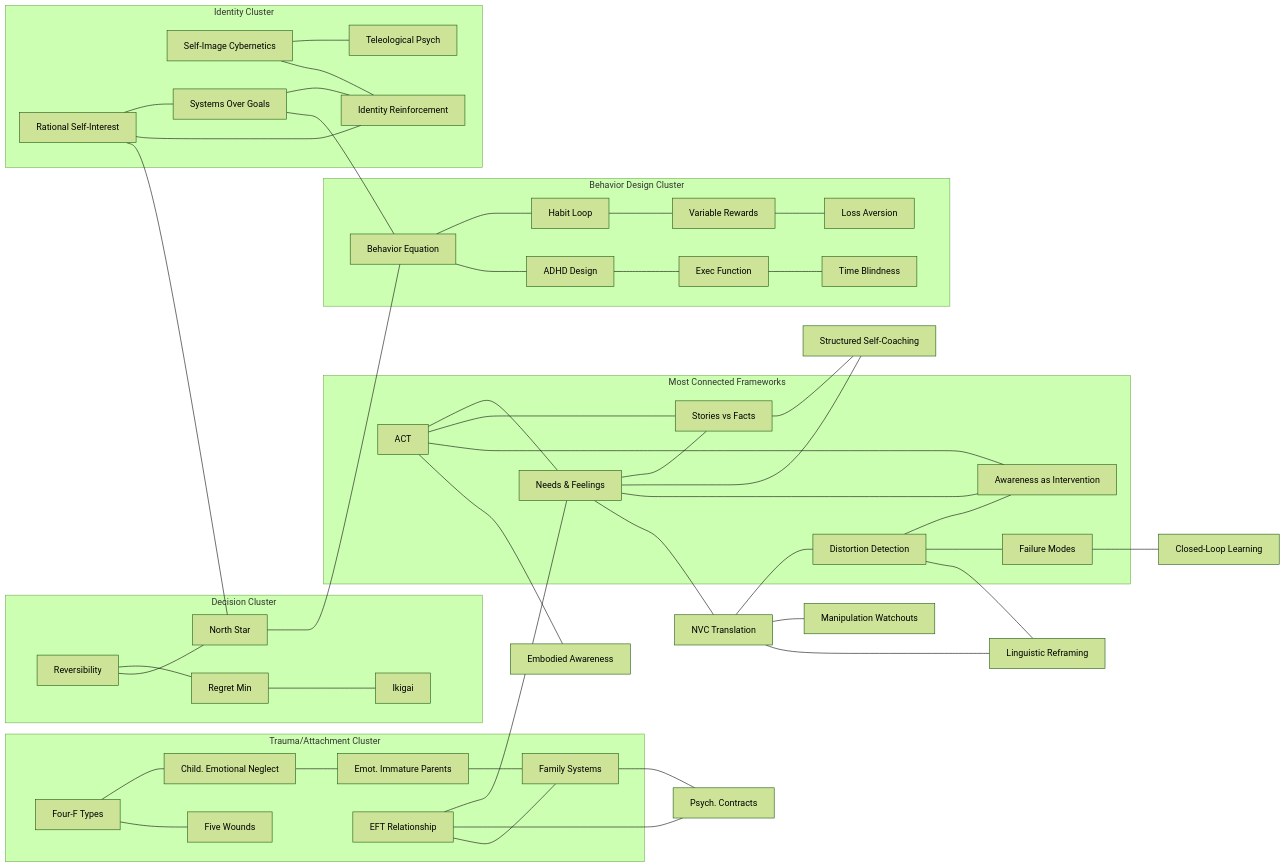
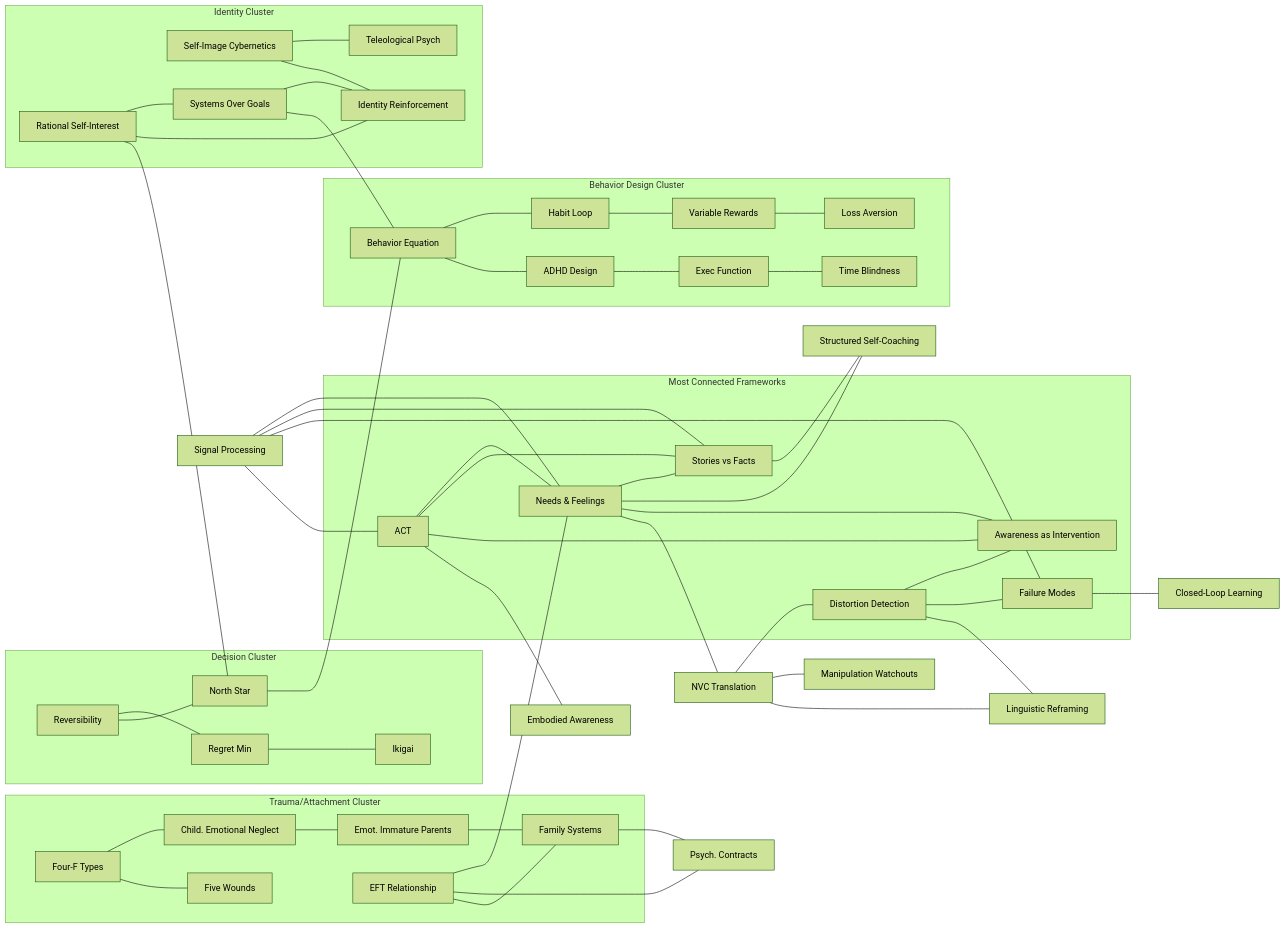
Before and after one commit to TaylorONeal/mirror-palace: the third of 3 diagrams in FRAMEWORK-MAP.md, drawn with Mermaid (forest theme). The commit also changed other lines of this file and 10 other files, not shown here.

```diff
--- a/FRAMEWORK-MAP.md
+++ b/FRAMEWORK-MAP.md
@@ -415,6 +416,10 @@
     NVCT --- LR
     FM --- CLL["Closed-Loop Learning"]
     SVF --- SSC
+    SP["Signal Processing"] --- NFC
+    SP --- SVF
+    SP --- FM
+    SP --- ACT
 
     subgraph "Decision Cluster"
         RC["Reversibility"]
```
